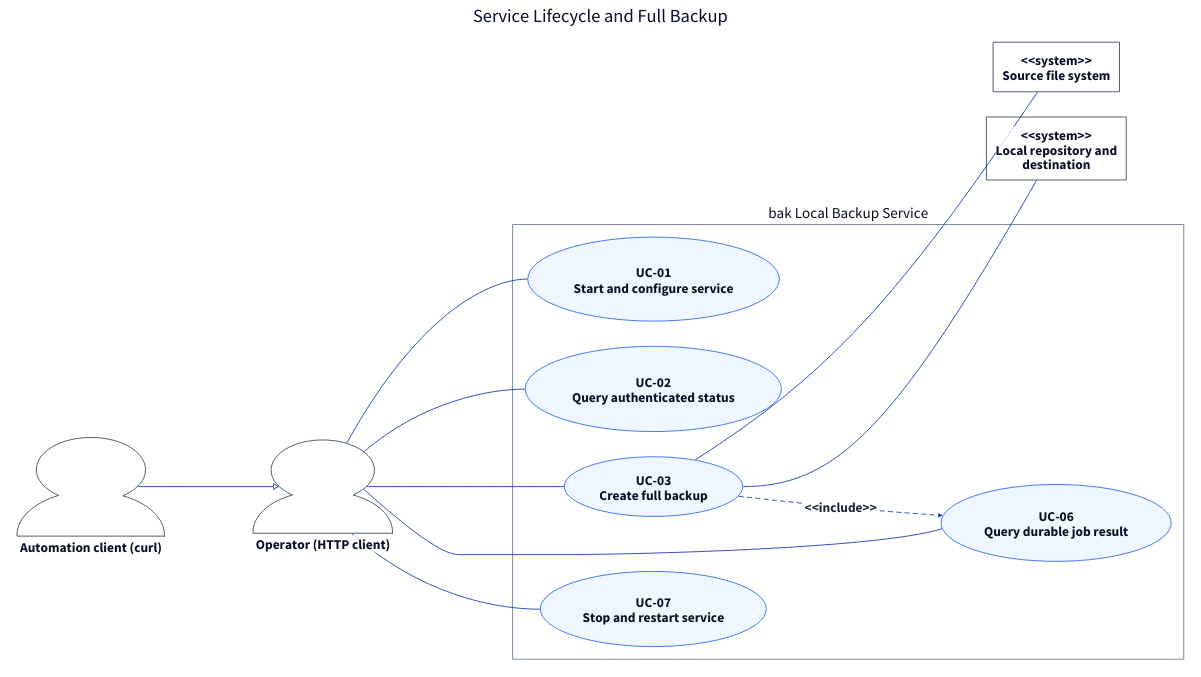
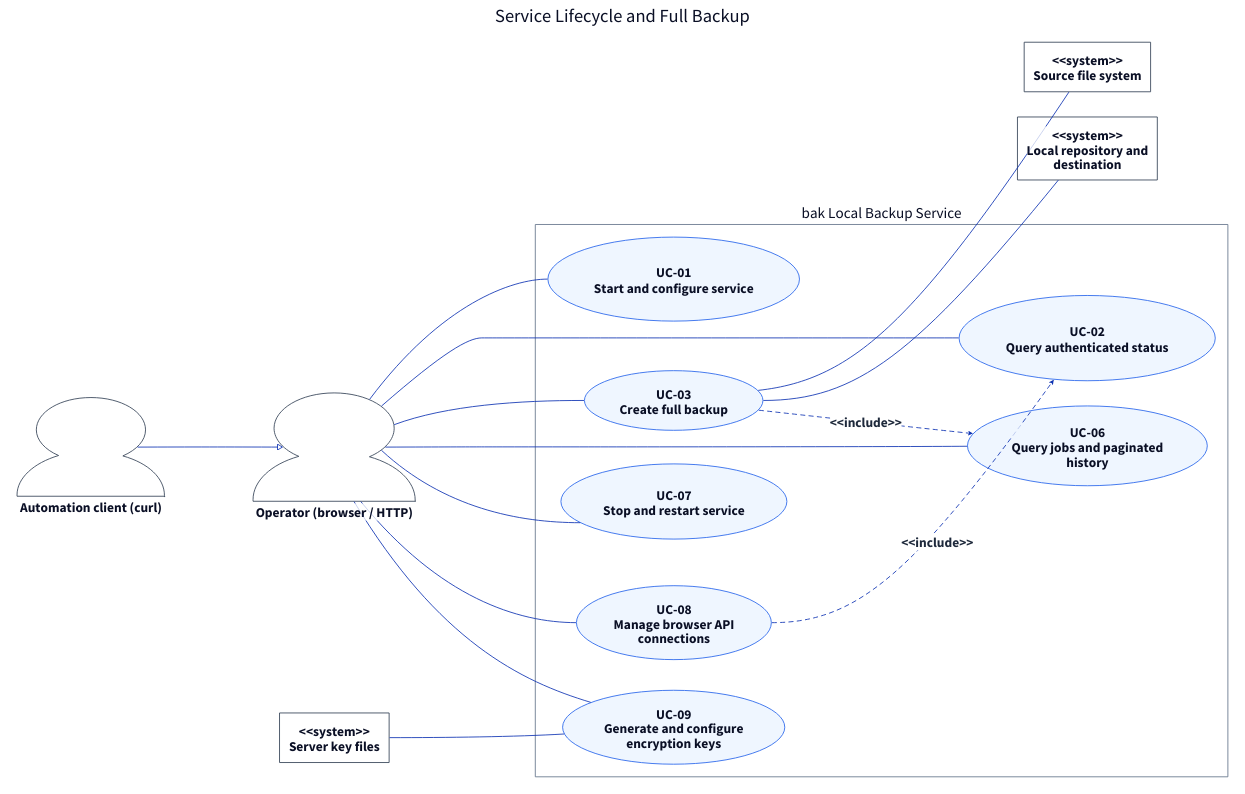
One commit to qi7876/software-development-exp changed the diagram in docs/report/generated/use-case-configuration-execution.d2. Above: the diagram before and after it, drawn with D2. The commit also changed 26 other files, not shown here.

First line of the commit message:
docs: align course report with current architecture (#21)

```diff
--- a/docs/report/generated/use-case-configuration-execution.d2
+++ b/docs/report/generated/use-case-configuration-execution.d2
@@ -1,70 +1,89 @@
 # Generated from docs/report/use-cases.yaml; do not edit directly.
 direction: right
 **.style.font-size: 32
 (** -> **)[*].style: {font-size: 32; bold: true; italic: false; font-color: "#1E293B"}
 (** -- **)[*].style: {font-size: 32; bold: true; italic: false; font-color: "#1E293B"}
 (** <- **)[*].style: {font-size: 32; bold: true; italic: false; font-color: "#1E293B"}
 diagram: "Service Lifecycle and Full Backup" {
   style.font-size: 44
   style.fill: white
   style.stroke: transparent
-  CLIENT: "Operator (HTTP client)" {
+  CLIENT: "Operator (browser / HTTP)" {
     shape: person
     style.stroke: "#334155"
     style.fill: white
   }
   AUT: "Automation client (curl)" {
     shape: person
     style.stroke: "#334155"
     style.fill: white
   }
   SRC: "<<system>>\nSource file system" {
     shape: rectangle
     style.stroke: "#334155"
     style.fill: white
   }
   TGT: "<<system>>\nLocal repository and\ndestination" {
+    shape: rectangle
+    style.stroke: "#334155"
+    style.fill: white
+  }
+  KEYS: "<<system>>\nServer key files" {
     shape: rectangle
     style.stroke: "#334155"
     style.fill: white
   }
   system: "bak Local Backup Service" {
     style.font-size: 36
     style.stroke: "#64748B"
     style.fill: white
     UC_01: "UC-01\nStart and configure service" {
       shape: oval
       style.stroke: "#2563EB"
       style.fill: "#EFF6FF"
     }
     UC_02: "UC-02\nQuery authenticated status" {
       shape: oval
       style.stroke: "#2563EB"
       style.fill: "#EFF6FF"
     }
     UC_03: "UC-03\nCreate full backup" {
       shape: oval
       style.stroke: "#2563EB"
       style.fill: "#EFF6FF"
     }
-    UC_06: "UC-06\nQuery durable job result" {
+    UC_06: "UC-06\nQuery jobs and paginated\nhistory" {
       shape: oval
       style.stroke: "#2563EB"
       style.fill: "#EFF6FF"
     }
     UC_07: "UC-07\nStop and restart service" {
+      shape: oval
+      style.stroke: "#2563EB"
+      style.fill: "#EFF6FF"
+    }
+    UC_08: "UC-08\nManage browser API\nconnections" {
+      shape: oval
+      style.stroke: "#2563EB"
+      style.fill: "#EFF6FF"
+    }
+    UC_09: "UC-09\nGenerate and configure\nencryption keys" {
       shape: oval
       style.stroke: "#2563EB"
       style.fill: "#EFF6FF"
     }
   }
   CLIENT -- system.UC_01
   CLIENT -- system.UC_02
   CLIENT -- system.UC_03
   CLIENT -- system.UC_06
   CLIENT -- system.UC_07
   system.UC_03 -- SRC
   system.UC_03 -- TGT
+  CLIENT -- system.UC_08
+  CLIENT -- system.UC_09
+  KEYS -- system.UC_09
   AUT -> CLIENT: {target-arrowhead.style.filled: false}
   system.UC_03 -> system.UC_06: "<<include>>" {style.stroke-dash: 5; target-arrowhead.shape: arrow}
+  system.UC_08 -> system.UC_02: "<<include>>" {style.stroke-dash: 5; target-arrowhead.shape: arrow}
 }
```
